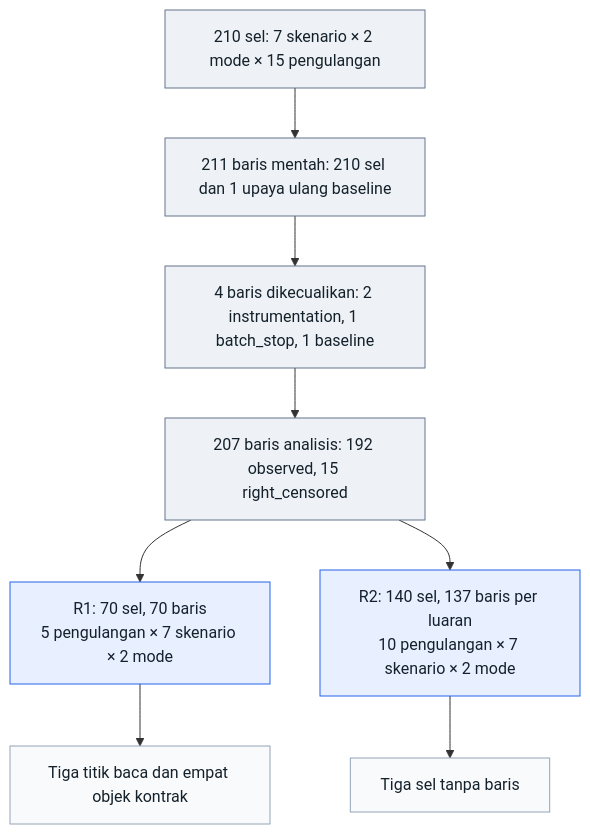
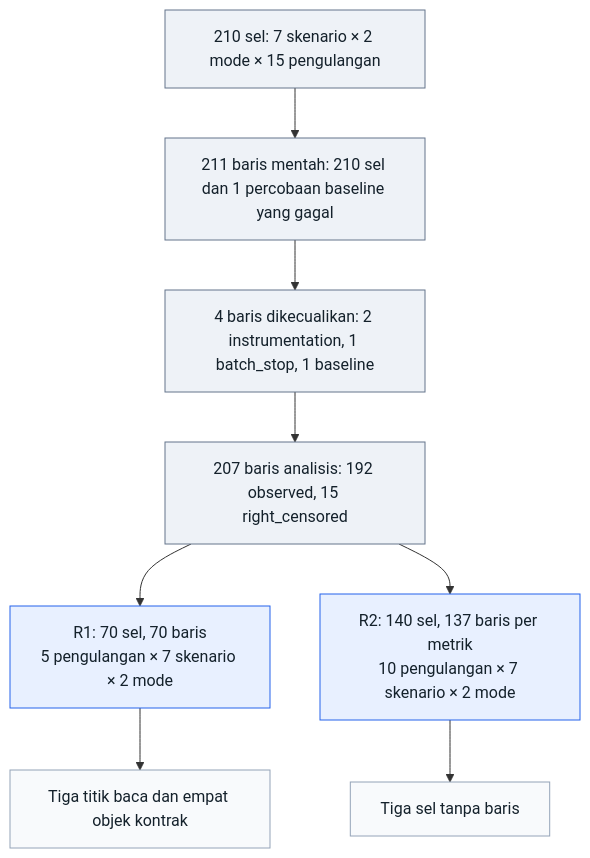
Before and after one commit to vityasyyy/skripsi: the diagram in content/skripsi/diagrams/src/fig-analysis-flow.mmd, drawn with Mermaid. The commit also changed 62 other files, not shown here.

```diff
--- a/content/skripsi/diagrams/src/fig-analysis-flow.mmd
+++ b/content/skripsi/diagrams/src/fig-analysis-flow.mmd
@@ -1,14 +1,14 @@
 flowchart TB
-  A["210 sel: 7 skenario × 2 mode × 15 pengulangan"] --> B["211 baris mentah: 210 sel dan 1 upaya ulang baseline"]
+  A["210 sel: 7 skenario × 2 mode × 15 pengulangan"] --> B["211 baris mentah: 210 sel dan 1 percobaan baseline yang gagal"]
   B --> C["4 baris dikecualikan: 2 instrumentation, 1 batch_stop, 1 baseline"]
   C --> D["207 baris analisis: 192 observed, 15 right_censored"]
   D --> R1["R1: 70 sel, 70 baris<br/>5 pengulangan × 7 skenario × 2 mode"]
-  D --> R2["R2: 140 sel, 137 baris per luaran<br/>10 pengulangan × 7 skenario × 2 mode"]
+  D --> R2["R2: 140 sel, 137 baris per metrik<br/>10 pengulangan × 7 skenario × 2 mode"]
   R1 --> E["Tiga titik baca dan empat objek kontrak"]
   R2 --> F["Tiga sel tanpa baris"]
   classDef count fill:#eef2f7,stroke:#64748b,color:#14212b;
   classDef branch fill:#e8f0ff,stroke:#2563eb,color:#14212b;
   classDef detail fill:#f8fafc,stroke:#94a3b8,color:#14212b;
   class A,B,C,D count;
   class R1,R2 branch;
   class E,F detail;
```
